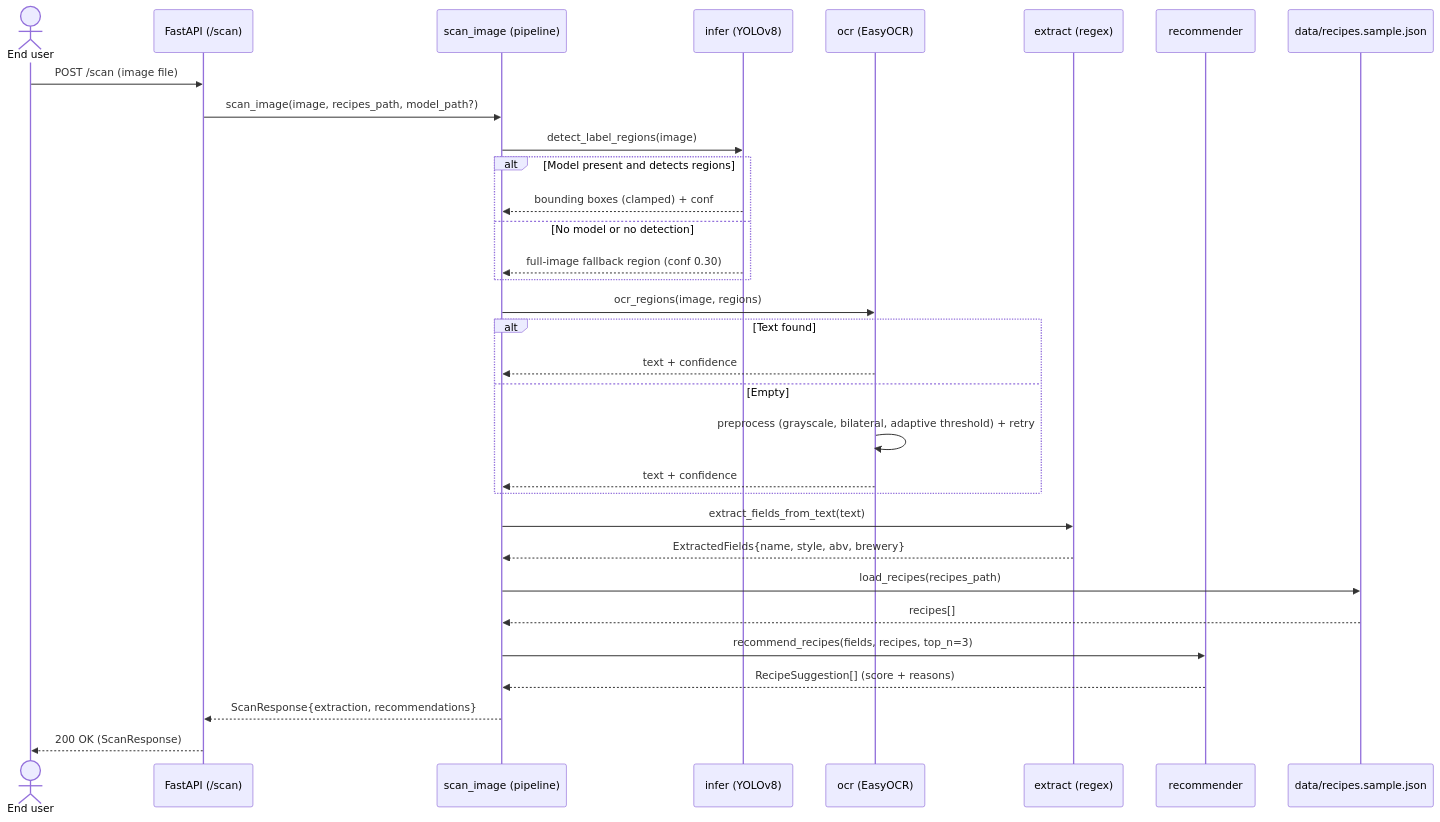
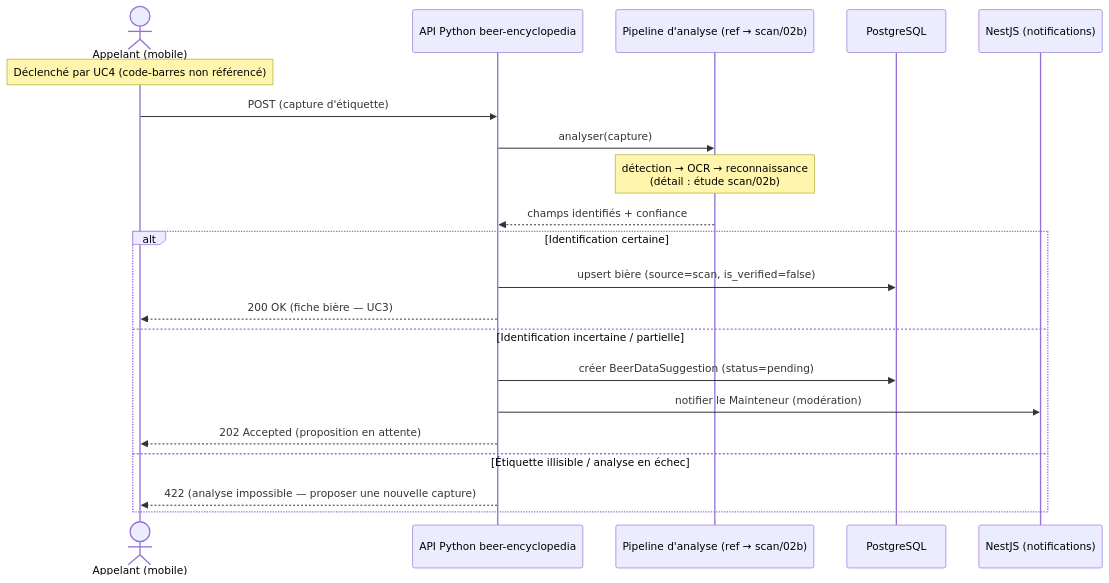
The first of 2 diagrams in docs/architecture/diagrams/beer-encyclopedia/02-sequence-scan.md (benoit-bremaud/brasse-bouillon), drawn with Mermaid before and after one commit. The commit also changed other lines of this file and 2 other files, not shown here.

First line of the commit message:
docs(beer-encyclopedia): rewrite UC5 sequence as label-scan identification

````diff
--- a/docs/architecture/diagrams/beer-encyclopedia/02-sequence-scan.md
+++ b/docs/architecture/diagrams/beer-encyclopedia/02-sequence-scan.md
@@ -18,35 +27,24 @@
 ```mermaid
 sequenceDiagram
-  actor U as End user
-  participant API as FastAPI (/scan)
-  participant PIPE as scan_image (pipeline)
-  participant YOLO as infer (YOLOv8)
-  participant OCR as ocr (EasyOCR)
-  participant EX as extract (regex)
-  participant REC as recommender
-  participant FILE as data/recipes.sample.json
+  actor C as Appelant (mobile)
+  participant API as API Python beer-encyclopedia
+  participant SCAN as Pipeline d'analyse (ref → scan/02b)
+  participant DB as PostgreSQL
+  participant NEST as NestJS (notifications)
 
-  U->>API: POST /scan (image file)
-  API->>PIPE: scan_image(image, recipes_path, model_path?)
-  PIPE->>YOLO: detect_label_regions(image)
-  alt Model present and detects regions
-    YOLO-->>PIPE: bounding boxes (clamped) + conf
-  else No model or no detection
-    YOLO-->>PIPE: full-image fallback region (conf 0.30)
+  Note over C: Déclenché par UC4 (code-barres non référencé)
+  C->>API: POST (capture d'étiquette)
+  API->>SCAN: analyser(capture)
+  Note over SCAN: détection → OCR → reconnaissance<br/>(détail : étude scan/02b)
+  SCAN-->>API: champs identifiés + confiance
+  alt Identification certaine
+    API->>DB: upsert bière (source=scan, is_verified=false)
+    API-->>C: 200 OK (fiche bière — UC3)
+  else Identification incertaine / partielle
+    API->>DB: créer BeerDataSuggestion (status=pending)
+    API->>NEST: notifier le Mainteneur (modération)
+    API-->>C: 202 Accepted (proposition en attente)
+  else Étiquette illisible / analyse en échec
+    API-->>C: 422 (analyse impossible — proposer une nouvelle capture)
   end
-  PIPE->>OCR: ocr_regions(image, regions)
-  alt Text found
-    OCR-->>PIPE: text + confidence
-  else Empty
-    OCR->>OCR: preprocess (grayscale, bilateral, adaptive threshold) + retry
-    OCR-->>PIPE: text + confidence
-  end
-  PIPE->>EX: extract_fields_from_text(text)
-  EX-->>PIPE: ExtractedFields{name, style, abv, brewery}
-  PIPE->>FILE: load_recipes(recipes_path)
-  FILE-->>PIPE: recipes[]
-  PIPE->>REC: recommend_recipes(fields, recipes, top_n=3)
-  REC-->>PIPE: RecipeSuggestion[] (score + reasons)
-  PIPE-->>API: ScanResponse{extraction, recommendations}
-  API-->>U: 200 OK (ScanResponse)
 ```
````
